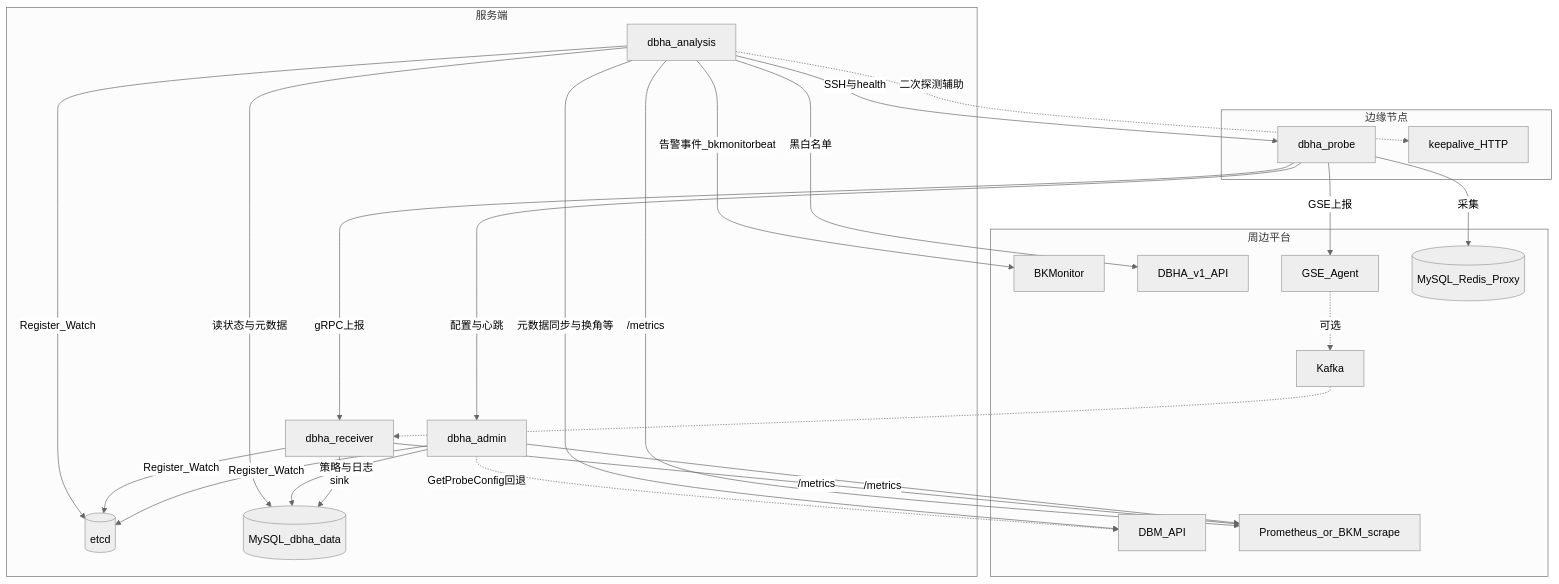
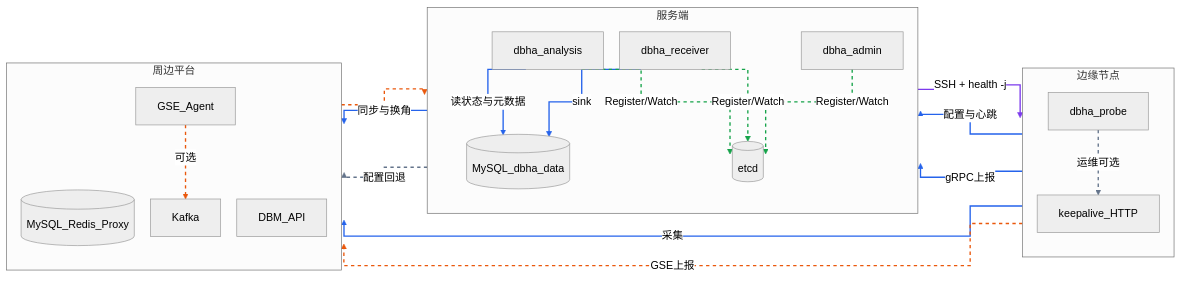
Before and after one commit to TencentBlueKing/blueking-dbm: the diagram in dbm-services/common/dbha-v2/docs/architecture/overview.md, drawn with Mermaid (neutral theme). The commit also changed other lines of this file and 8 other files, not shown here.

Commit message:
docs(dbha-v2): refine enter-window docs and Mermaid flowcharts. issue: #19000

````diff
--- a/dbm-services/common/dbha-v2/docs/architecture/overview.md
+++ b/dbm-services/common/dbha-v2/docs/architecture/overview.md
@@ -31,43 +29,54 @@
 ```mermaid
-flowchart TB
+---
+config:
+  flowchart:
+    curve: stepAfter
+    padding: 16
+    nodeSpacing: 24
+    rankSpacing: 48
+---
+flowchart LR
   subgraph edge [边缘节点]
+    direction TB
     Probe[dbha_probe]
     KA[keepalive_HTTP]
   end
-
   subgraph server [服务端]
+    direction TB
     Admin[dbha_admin]
     Recv[dbha_receiver]
+    MySQL[(MySQL_dbha_data)]
     AM[dbha_analysis]
     Etcd[(etcd)]
-    MySQL[(MySQL_dbha_data)]
   end
-
   subgraph platform [周边平台]
-    DBM[DBM_API]
-    BKM[BKMonitor]
-    V1[DBHA_v1_API]
+    direction TB
+    DBInst[(MySQL_Redis_Proxy)]
     GSE[GSE_Agent]
     Kafka[Kafka]
-    Prom[Prometheus_or_BKM_scrape]
-    DBInst[(MySQL_Redis_Proxy)]
+    DBM[DBM_API]
   end
 
   Probe -->|配置与心跳| Admin
   Probe -->|采集| DBInst
   Probe -->|gRPC上报| Recv
-  Probe -->|GSE上报| GSE
+  Recv -->|sink| MySQL
+  AM -->|读状态与元数据| MySQL
+  AM -->|同步与换角| DBM
+  Admin -.->|配置回退| DBM
+  Probe -.->|GSE上报| GSE
   GSE -.->|可选| Kafka
   Kafka -.-> Recv
-  Recv -->|sink| MySQL
-  Admin -->|策略与日志| MySQL
-  Admin & Recv & AM -->|Register_Watch| Etcd
-  AM -->|读状态与元数据| MySQL
-  AM -->|"元数据同步与换角等"| DBM
-  Admin -.->|"GetProbeConfig回退"| DBM
-  AM -->|告警事件_bkmonitorbeat| BKM
-  AM -->|黑白名单| V1
-  Admin & Recv & AM -->|"/metrics"| Prom
-  AM -->|SSH与health| Probe
-  AM -.->|二次探测辅助| KA
+  Admin -.->|Register/Watch| Etcd
+  Recv -.->|Register/Watch| Etcd
+  AM -.->|Register/Watch| Etcd
+  AM -->|"SSH + health -j"| Probe
+  Probe -.->|运维可选| KA
+
+  linkStyle 0,1,2,3,4,5 stroke:#2563eb,stroke-width:2px
+  linkStyle 6 stroke:#64748b,stroke-width:2px,stroke-dasharray:5
+  linkStyle 7,8,9 stroke:#ea580c,stroke-width:2px,stroke-dasharray:5
+  linkStyle 10,11,12 stroke:#16a34a,stroke-width:2px,stroke-dasharray:5
+  linkStyle 13 stroke:#7c3aed,stroke-width:2px
+  linkStyle 14 stroke:#64748b,stroke-width:2px,stroke-dasharray:5
 ```
````
